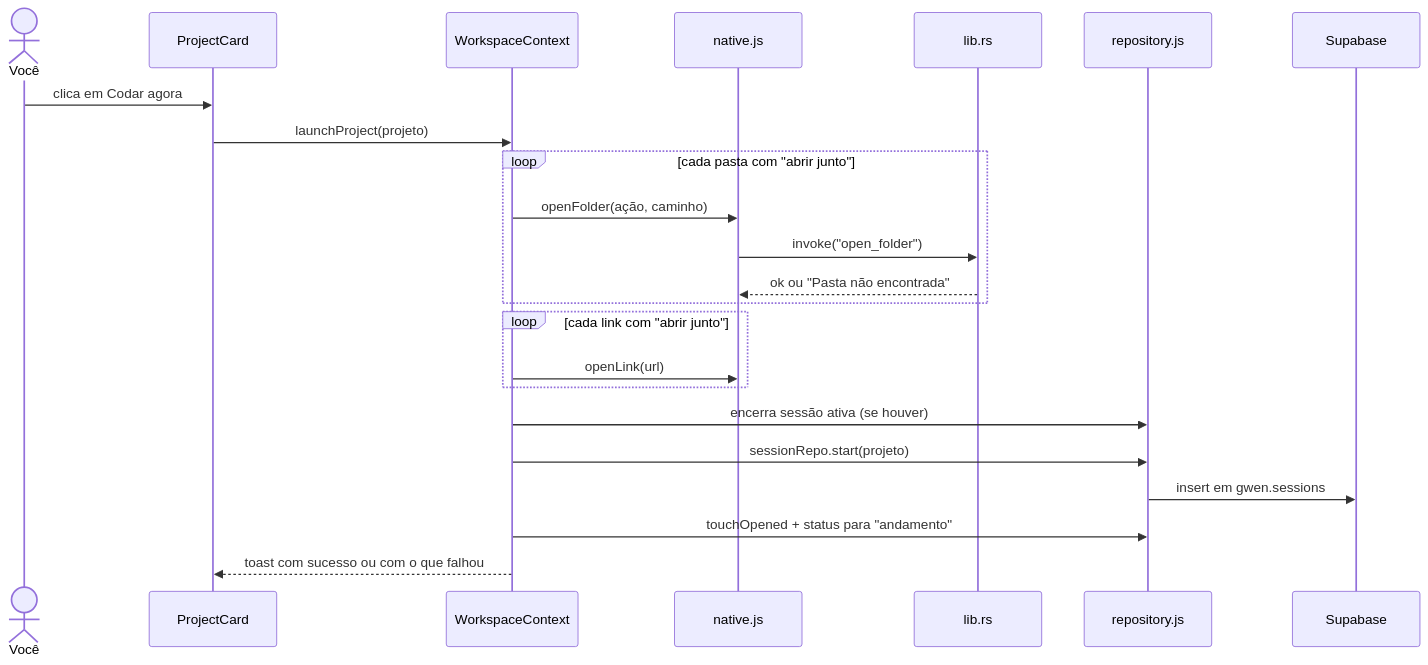
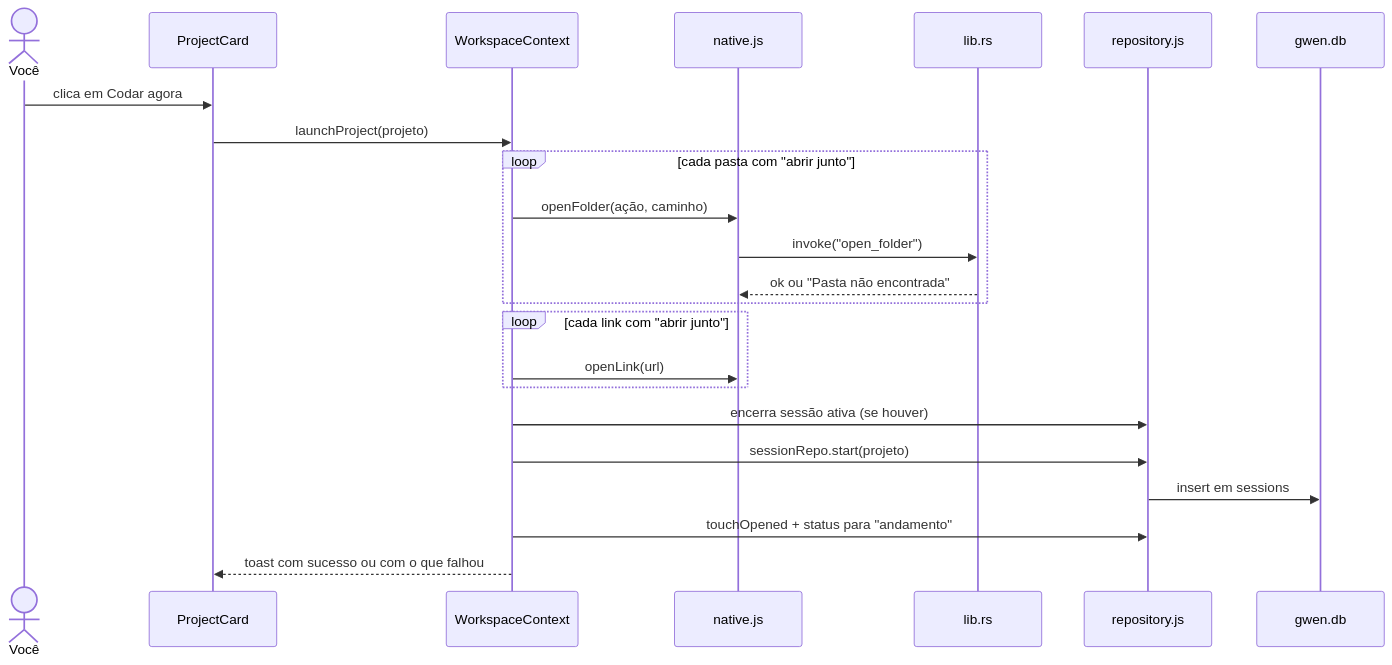
The second of 4 diagrams in docs/ARQ-001-visao-geral.md (SamaraSilvia81/gwen-app), drawn with Mermaid before and after one commit. The commit also changed other lines of this file and 47 other files, not shown here.

````diff
--- a/docs/ARQ-001-visao-geral.md
+++ b/docs/ARQ-001-visao-geral.md
@@ -88,26 +95,26 @@
 ```mermaid
 sequenceDiagram
   actor S as Você
   participant Card as ProjectCard
   participant WS as WorkspaceContext
   participant Nat as native.js
   participant Rust as lib.rs
   participant Repo as repository.js
-  participant DB as Supabase
+  participant DB as gwen.db
 
   S->>Card: clica em Codar agora
   Card->>WS: launchProject(projeto)
   loop cada pasta com "abrir junto"
     WS->>Nat: openFolder(ação, caminho)
     Nat->>Rust: invoke("open_folder")
     Rust-->>Nat: ok ou "Pasta não encontrada"
   end
   loop cada link com "abrir junto"
     WS->>Nat: openLink(url)
   end
   WS->>Repo: encerra sessão ativa (se houver)
   WS->>Repo: sessionRepo.start(projeto)
-  Repo->>DB: insert em gwen.sessions
+  Repo->>DB: insert em sessions
   WS->>Repo: touchOpened + status para "andamento"
   WS-->>Card: toast com sucesso ou com o que falhou
 ```
````
